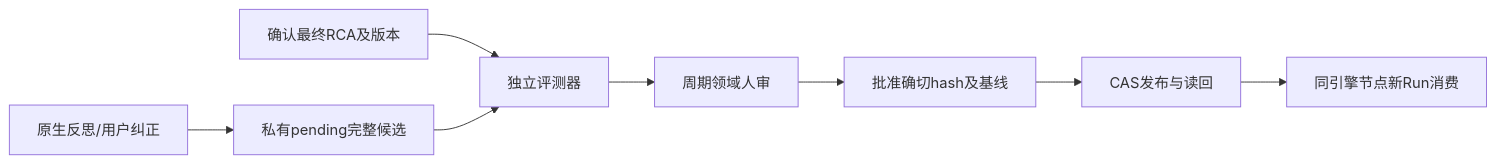
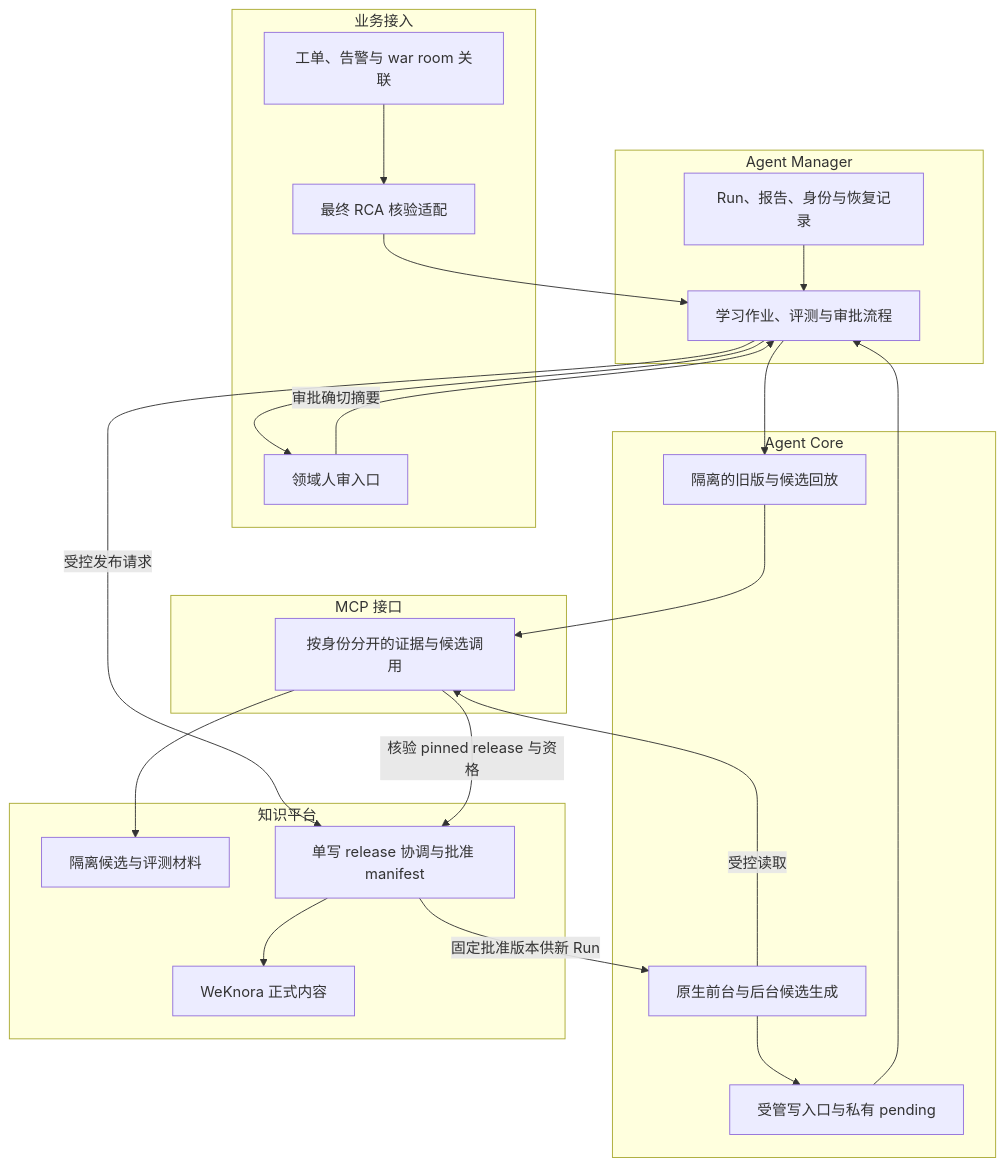
The first of 2 diagrams in engine_hub/architecture/goals/r03-native-evolution.md (zcimon57-svj/hermes-webui-engine-hub), drawn with Mermaid before and after one commit. The commit also changed other lines of this file and 25 other files, not shown here.

First line of the commit message:
docs: make Engine Hub architecture and issue review self-contained

````diff
--- a/engine_hub/architecture/goals/r03-native-evolution.md
+++ b/engine_hub/architecture/goals/r03-native-evolution.md
@@ -17,10 +44,39 @@
 ```mermaid
-flowchart LR
-  H[原生反思/用户纠正] --> P[私有pending完整候选]
-  R[确认最终RCA及版本] --> E[独立评测器]
-  P --> E
-  E --> V[周期领域人审]
-  V --> A[批准确切hash及基线]
-  A --> C[CAS发布与读回]
-  C --> N[同引擎节点新Run消费]
+flowchart TB
+  subgraph B[业务接入]
+    S["工单、告警与 war room 关联"]
+    R[最终 RCA 核验适配]
+    H[领域人审入口]
+    S --> R
+  end
+  subgraph M[Agent Manager]
+    J["学习作业、评测与审批流程"]
+    A["Run、报告、身份与恢复记录"]
+    A --> J
+  end
+  subgraph C[Agent Core]
+    N[原生前台与后台候选生成]
+    P[受管写入口与私有 pending]
+    E[隔离的旧版与候选回放]
+    N --> P
+  end
+  subgraph X[MCP 接口]
+    X1[按身份分开的证据与候选调用]
+  end
+  subgraph K[知识平台]
+    Q[隔离候选与评测材料]
+    K1[单写 release 协调与批准 manifest]
+    K2[WeKnora 正式内容]
+    K1 --> K2
+  end
+  R --> J
+  P --> J
+  J --> E
+  E --> X1 --> Q
+  J --> H
+  H -->|审批确切摘要| J
+  J -->|受控发布请求| K1
+  K1 -->|固定批准版本供新 Run| N
+  N -->|受控读取| X1
+  X1 -->|核验 pinned release 与资格| K1
 ```
````
